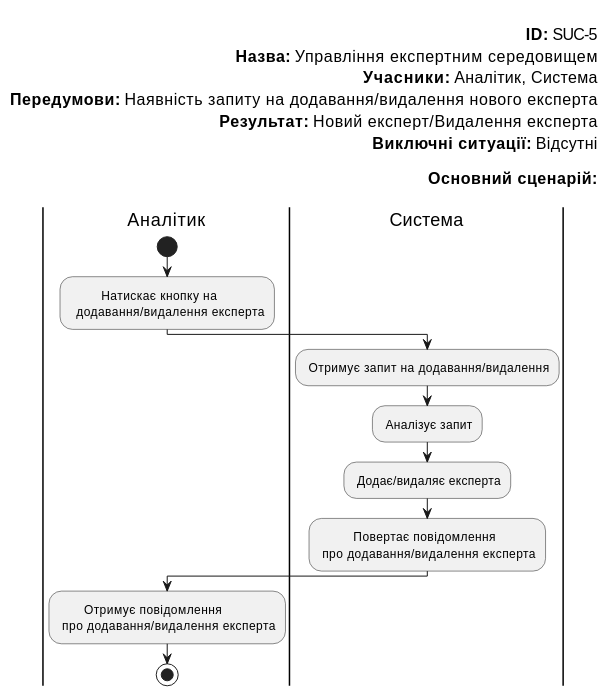
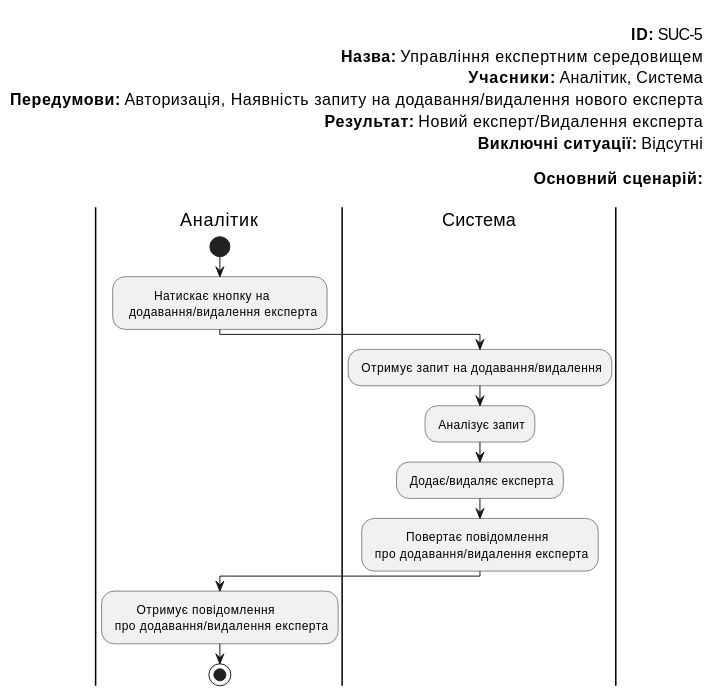
Diagram 13 of 14 in docs/use cases/README.md (JenyaFTW/expert-management-system), drawn with PlantUML before and after one commit. The commit also changed other lines of this file, not shown here.

```diff
--- a/docs/use cases/README.md
+++ b/docs/use cases/README.md
@@ -561,32 +561,32 @@
 @startuml
 
     left header
         
         <font color=000 size=16><b>ID:</b> SUC-5
         <font color=000 size=16><b>Назва:</b> Управління експертним середовищем
         <font color=000 size=16><b>Учасники:</b> Аналітик, Система
-        <font color=000 size=16><b>Передумови:</b> Наявність запиту на додавання/видалення нового експерта
+        <font color=000 size=16><b>Передумови:</b> Авторизація, Наявність запиту на додавання/видалення нового експерта
         <font color=000 size=16><b>Результат:</b> Новий експерт/Видалення експерта
         <font color=000 size=16><b>Виключні ситуації:</b> Відсутні
         
         <font color=000 size=16><b>Основний сценарій:</b>
         
     end header
     |Аналітик|
         start
         :          Натискає кнопку на 
           додавання/видалення експерта;
     |Система|
         : Отримує запит на додавання/видалення;
         
         : Аналізує запит;
         : Додає/видаляє експерта;
         :           Повертає повідомлення
          про додавання/видалення експерта;
     |Аналітик|
         :        Отримує повідомлення
          про додавання/видалення експерта;
         stop;
 
 
 @enduml    
```
